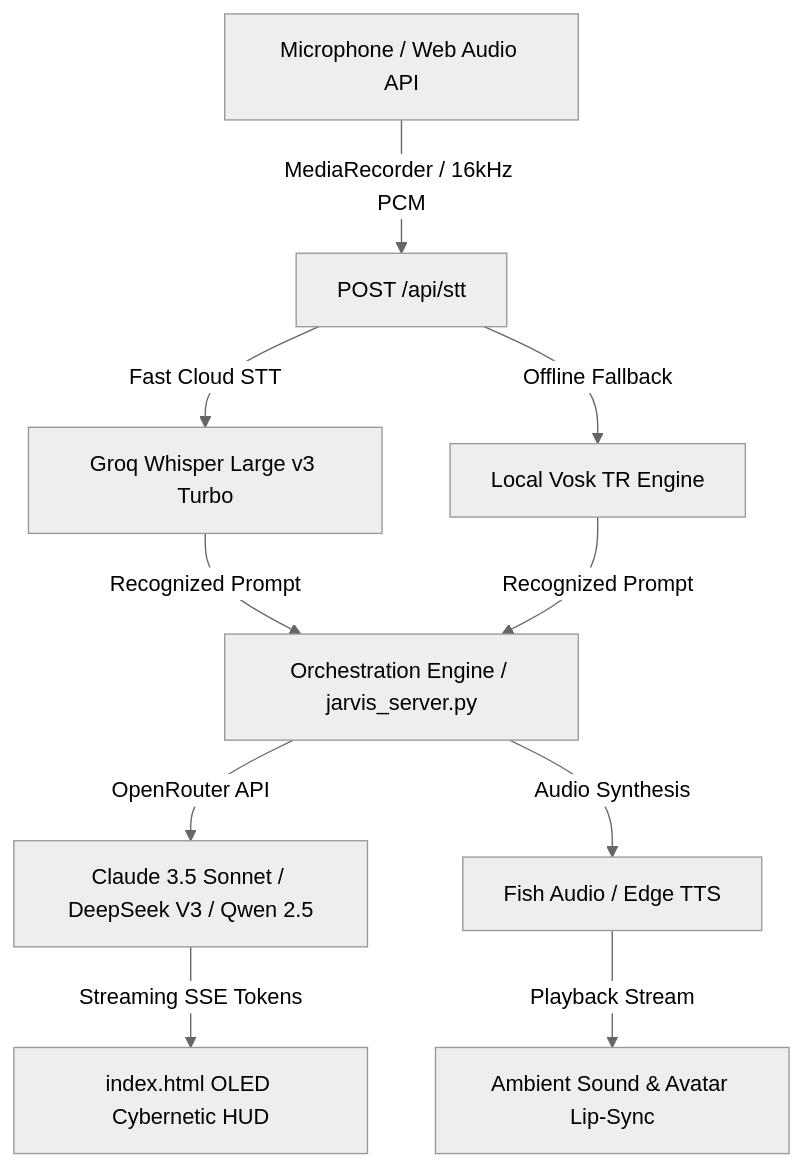
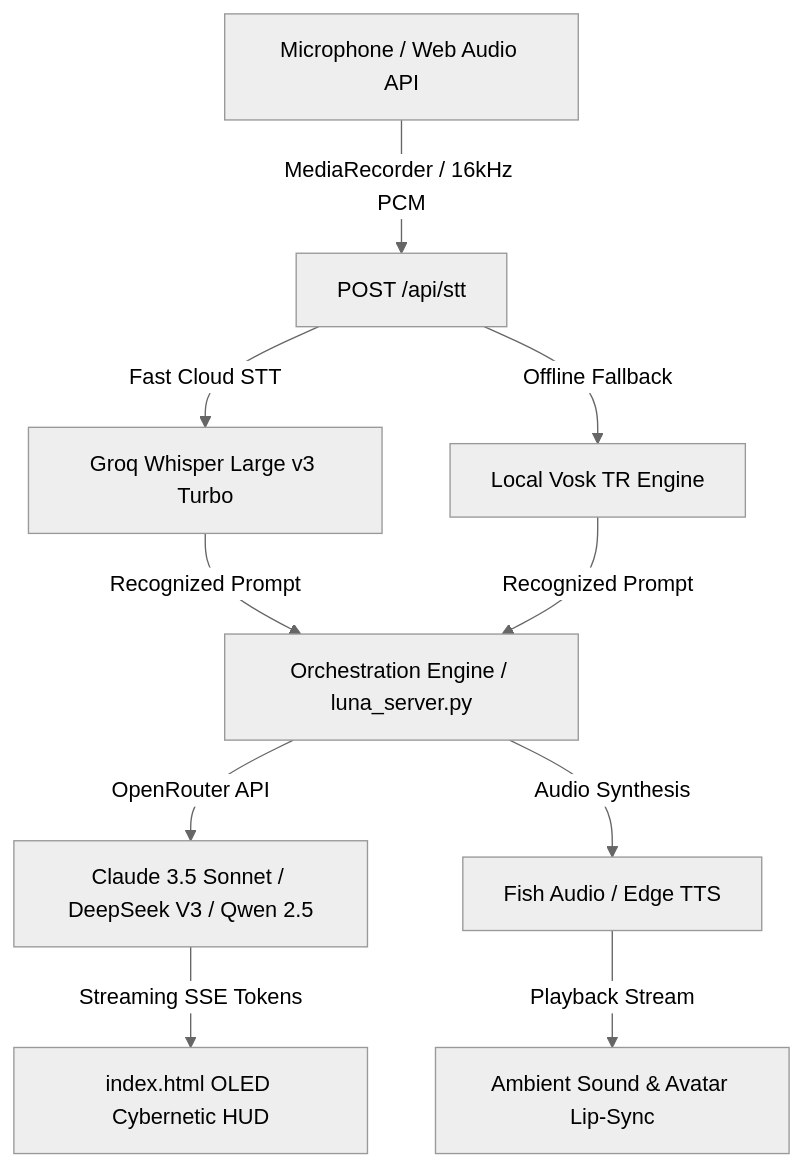
The diagram in README.md (negr1v/luna-ai), drawn with Mermaid (neutral theme) before and after one commit. The commit also changed other lines of this file and 132 other files, not shown here.

Commit message:
feat(branding): complete rebranding from JARVIS to LUNA across all files, filenames, and contents

````diff
--- a/README.md
+++ b/README.md
@@ -21,11 +21,11 @@
 ```mermaid
 graph TD
     A[Microphone / Web Audio API] -->|MediaRecorder / 16kHz PCM| B[POST /api/stt]
     B -->|Fast Cloud STT| C[Groq Whisper Large v3 Turbo]
     B -->|Offline Fallback| D[Local Vosk TR Engine]
-    C & D -->|Recognized Prompt| E[Orchestration Engine / jarvis_server.py]
+    C & D -->|Recognized Prompt| E[Orchestration Engine / luna_server.py]
     E -->|OpenRouter API| F[Claude 3.5 Sonnet / DeepSeek V3 / Qwen 2.5]
     F -->|Streaming SSE Tokens| G[index.html OLED Cybernetic HUD]
     E -->|Audio Synthesis| H[Fish Audio / Edge TTS]
     H -->|Playback Stream| I[Ambient Sound & Avatar Lip-Sync]
 ```
````
